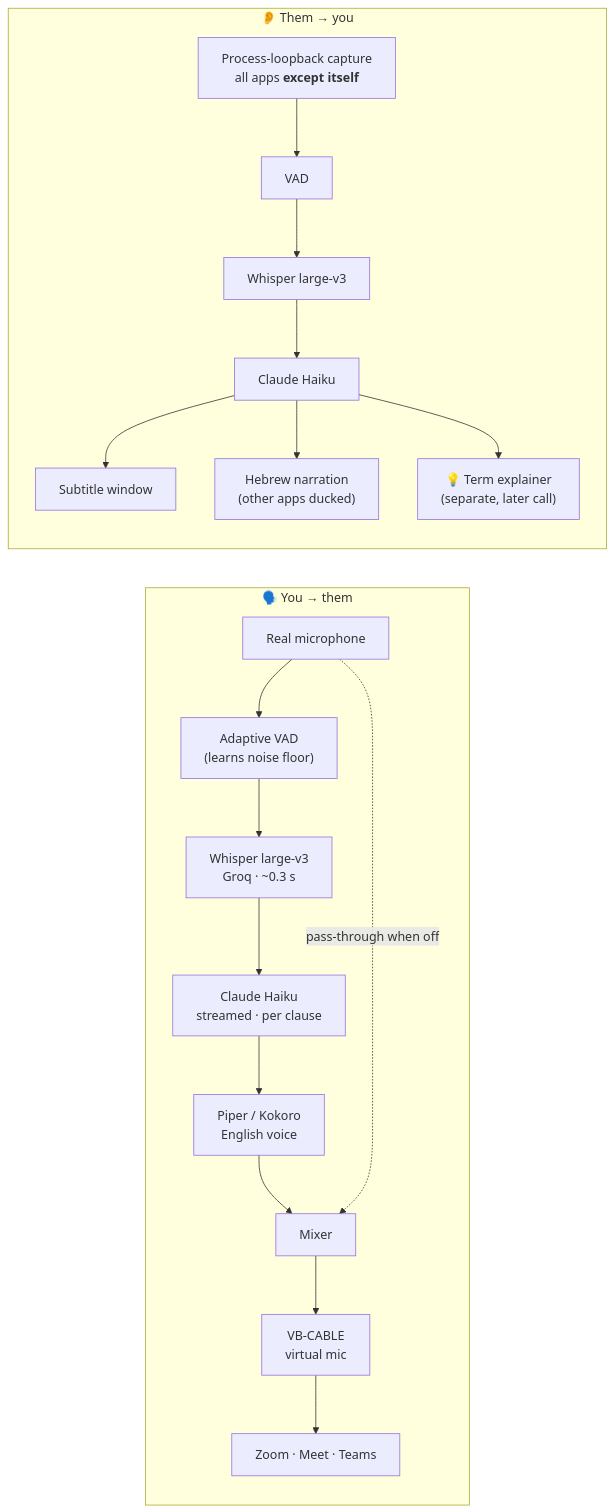
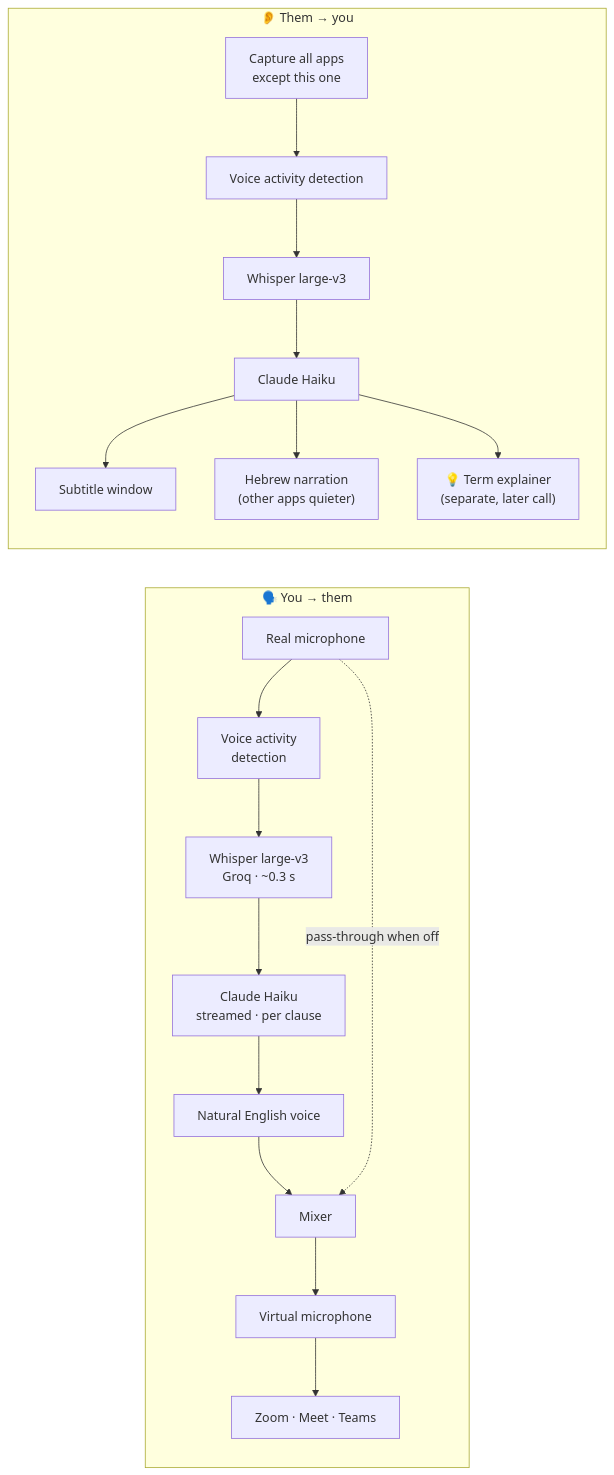
The diagram in README.md (chanafroind-sys/live-translator), drawn with Mermaid before and after one commit. The commit also changed other lines of this file, not shown here.

````diff
--- a/README.md
+++ b/README.md
@@ -69,21 +90,21 @@
 ```mermaid
 flowchart LR
     subgraph OUT["🗣️ You → them"]
-        MIC["Real microphone"] --> VAD1["Adaptive VAD<br/>(learns noise floor)"]
+        MIC["Real microphone"] --> VAD1["Voice activity<br/>detection"]
         VAD1 --> ASR1["Whisper large-v3<br/>Groq · ~0.3 s"]
         ASR1 --> LLM1["Claude Haiku<br/>streamed · per clause"]
-        LLM1 --> TTS1["Piper / Kokoro<br/>English voice"]
+        LLM1 --> TTS1["Natural English voice"]
         TTS1 --> MIX["Mixer"]
         MIC -. "pass-through when off" .-> MIX
-        MIX --> CABLE["VB-CABLE<br/>virtual mic"] --> APPS["Zoom · Meet · Teams"]
+        MIX --> CABLE["Virtual microphone"] --> APPS["Zoom · Meet · Teams"]
     end
 
     subgraph IN["👂 Them → you"]
-        PL["Process-loopback capture<br/>all apps <b>except itself</b>"] --> VAD2["VAD"]
+        PL["Capture all apps<br/>except this one"] --> VAD2["Voice activity detection"]
         VAD2 --> ASR2["Whisper large-v3"]
         ASR2 --> LLM2["Claude Haiku"]
         LLM2 --> SUB["Subtitle window"]
-        LLM2 --> NAR["Hebrew narration<br/>(other apps ducked)"]
+        LLM2 --> NAR["Hebrew narration<br/>(other apps quieter)"]
         LLM2 --> EXP["💡 Term explainer<br/>(separate, later call)"]
     end
 ```
````
